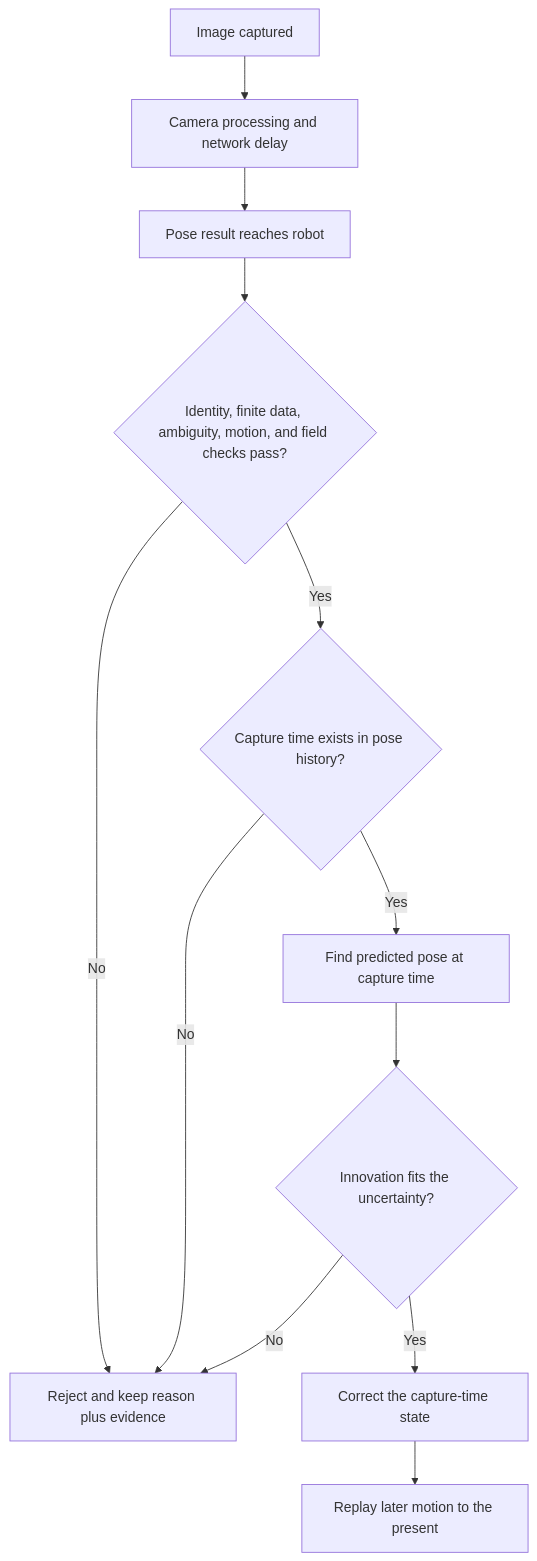
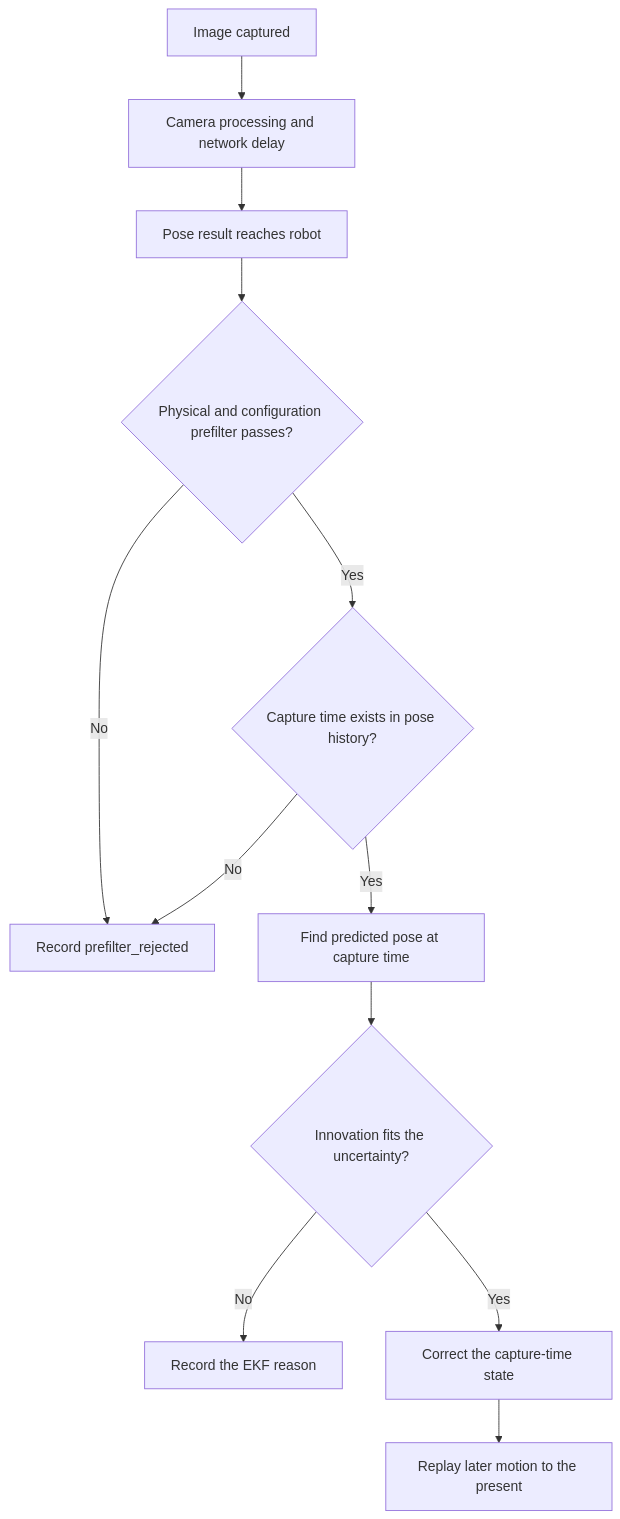
Before and after one commit to ARES-23247/ARESWEB: the diagram in content/learning/controls/07-vision-rejection.md, drawn with Mermaid. The commit also changed other lines of this file and 4 other files, not shown here.

````diff
--- a/content/learning/controls/07-vision-rejection.md
+++ b/content/learning/controls/07-vision-rejection.md
@@ -98,15 +108,15 @@
 ```mermaid
 %% aria: A camera image is captured before its pose result reaches the robot. The result first passes identity, finite-data, ambiguity, motion, field, and time checks. ARES compares an accepted result with the saved pose at capture time. A failed check stores a reason. A passed update corrects the saved state and replays later motion.
 flowchart TD
   C["Image captured"] --> L["Camera processing and network delay"]
   L --> M["Pose result reaches robot"]
-  M --> P{"Identity, finite data, ambiguity, motion, and field checks pass?"}
-  P -->|No| R["Reject and keep reason plus evidence"]
+  M --> P{"Physical and configuration prefilter passes?"}
+  P -->|No| R["Record prefilter_rejected"]
   P -->|Yes| T{"Capture time exists in pose history?"}
   T -->|No| R
   T -->|Yes| H["Find predicted pose at capture time"]
   H --> I{"Innovation fits the uncertainty?"}
-  I -->|No| R
+  I -->|No| K["Record the EKF reason"]
   I -->|Yes| U["Correct the capture-time state"]
   U --> E["Replay later motion to the present"]
 ```
````
